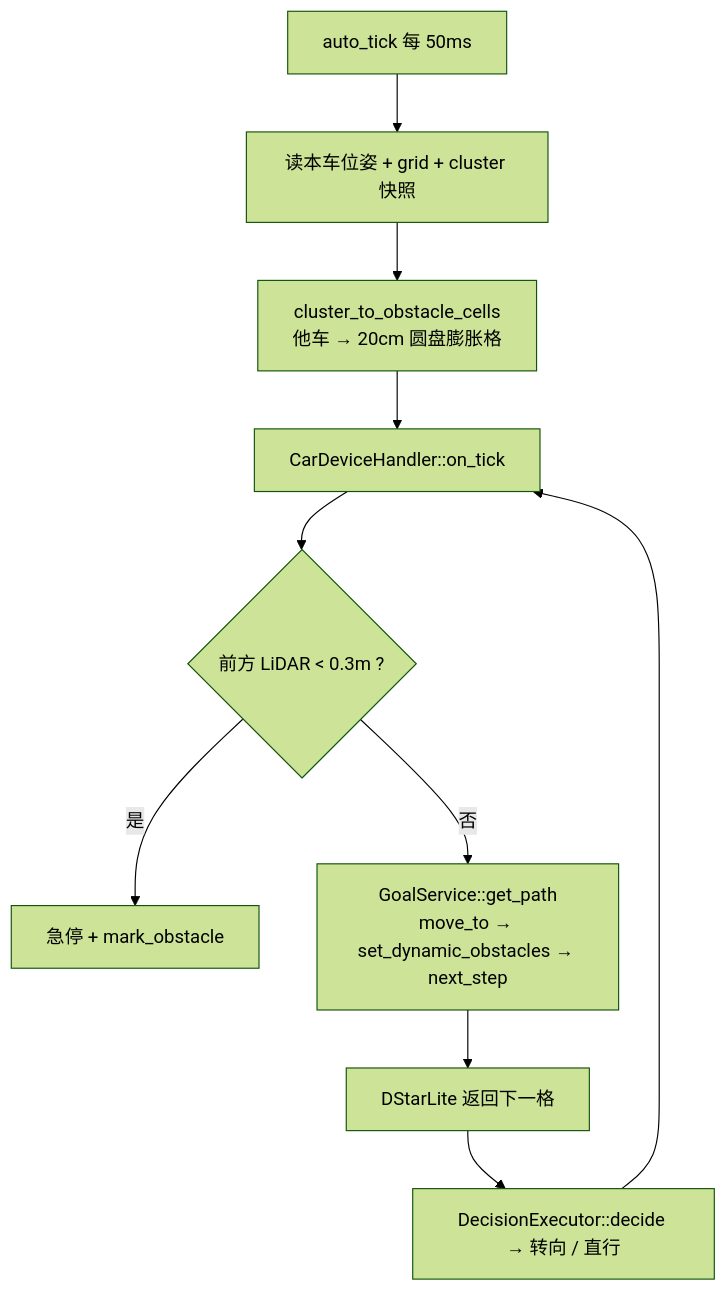
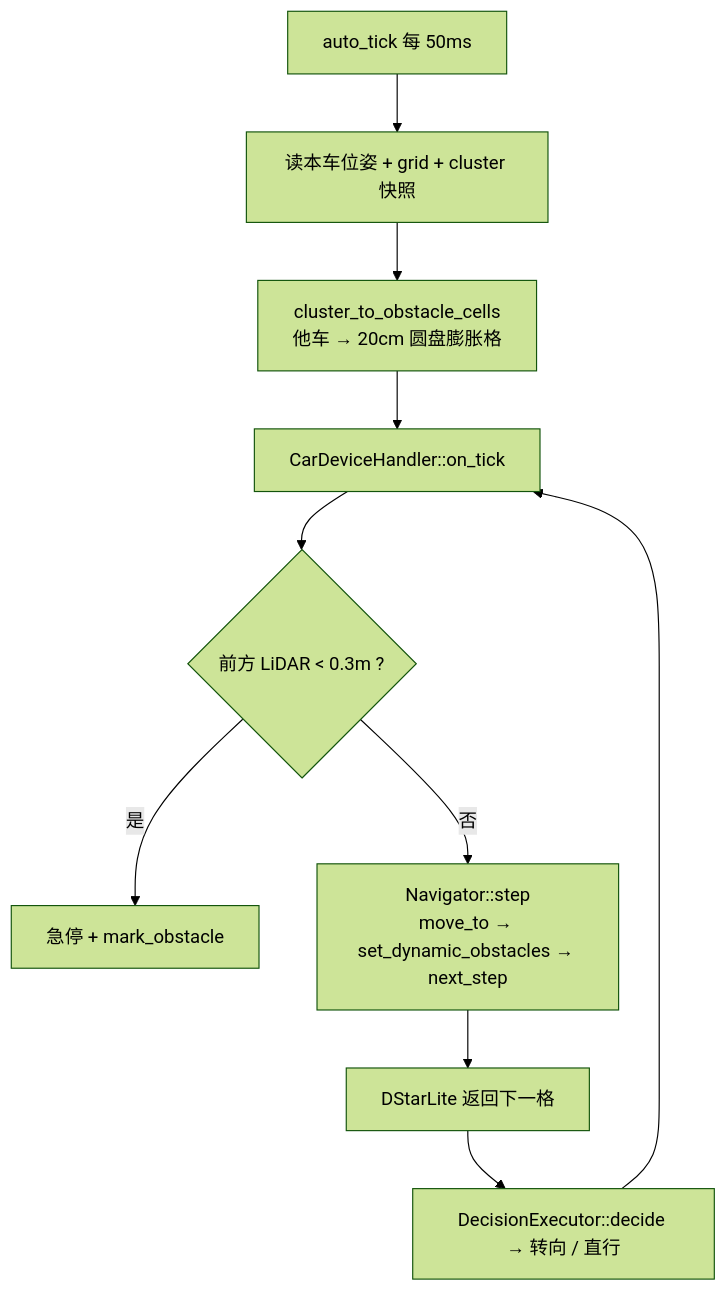
One commit to LYK-ce/Pleiades changed the fourth of 6 diagrams in Architecture/robot_arch.md. Above: the diagram before and after it, drawn with Mermaid (forest theme). The commit also changed other lines of this file and 73 other files, not shown here.

````diff
--- a/Architecture/robot_arch.md
+++ b/Architecture/robot_arch.md
@@ -249,12 +279,12 @@
 ```mermaid
 flowchart TD
     A["auto_tick 每 50ms"] --> B["读本车位姿 + grid + cluster 快照"]
     B --> C["cluster_to_obstacle_cells<br/>他车 → 20cm 圆盘膨胀格"]
     C --> D["CarDeviceHandler::on_tick"]
     D --> E{"前方 LiDAR < 0.3m ?"}
     E -- 是 --> F["急停 + mark_obstacle"]
-    E -- 否 --> G["GoalService::get_path<br/>move_to → set_dynamic_obstacles → next_step"]
+    E -- 否 --> G["Navigator::step<br/>move_to → set_dynamic_obstacles → next_step"]
     G --> H["DStarLite 返回下一格"]
     H --> I["DecisionExecutor::decide → 转向 / 直行"]
     I --> D
 ```
````
